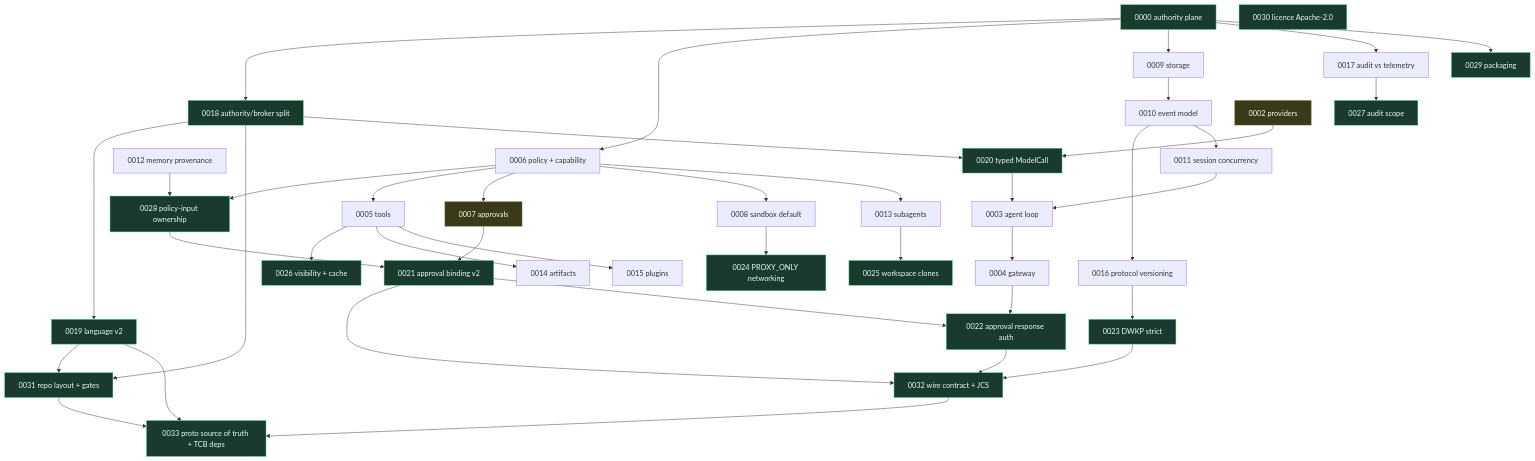
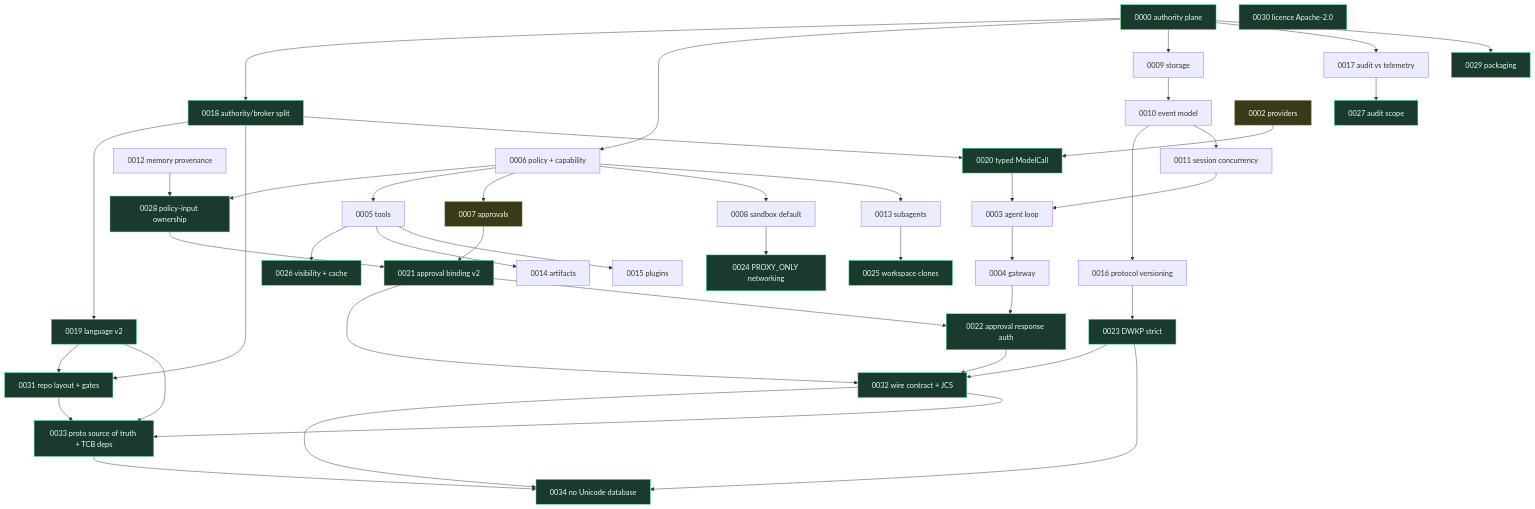
One commit to Onwcan/DireWolf changed the diagram in docs/adr/README.md. Above: the diagram before and after it, drawn with Mermaid. The commit also changed other lines of this file and 86 other files, not shown here.

````diff
--- a/docs/adr/README.md
+++ b/docs/adr/README.md
@@ -66,51 +67,54 @@
 ```mermaid
 flowchart TD
   A0["0000 authority plane"] --> A18["0018 authority/broker split"]
   A18 --> A19["0019 language v2"]
   A0 --> A6["0006 policy + capability"]
   A0 --> A9["0009 storage"]
   A0 --> A17["0017 audit vs telemetry"]
   A0 --> A29["0029 packaging"]
   A18 --> A31["0031 repo layout + gates"]
   A19 --> A31
   A30["0030 licence Apache-2.0"]
 
   A6 --> A28["0028 policy-input ownership"]
   A12["0012 memory provenance"] --> A28
   A6 --> A5["0005 tools"]
   A6 --> A7s["0007 approvals"]
   A7s --> A21["0021 approval binding v2"]
   A28 --> A21
   A6 --> A8["0008 sandbox default"]
   A8 --> A24["0024 PROXY_ONLY networking"]
   A6 --> A13["0013 subagents"]
   A13 --> A25["0025 workspace clones"]
   A5 --> A26["0026 visibility + cache"]
   A5 --> A14["0014 artifacts"]
   A5 --> A15["0015 plugins"]
   A17 --> A27["0027 audit scope"]
 
   A9 --> A10["0010 event model"]
   A10 --> A16["0016 protocol versioning"]
   A16 --> A23["0023 DWKP strict"]
   A23 --> A32["0032 wire contract + JCS"]
   A21 --> A32
   A22 --> A32
   A19 --> A33["0033 proto source of truth + TCB deps"]
+  A32 --> A34["0034 no Unicode database"]
+  A33 --> A34
+  A23 --> A34
   A32 --> A33
   A31 --> A33
   A10 --> A11["0011 session concurrency"]
 
   A2s["0002 providers"] --> A20["0020 typed ModelCall"]
   A18 --> A20
   A20 --> A3["0003 agent loop"]
   A11 --> A3
   A3 --> A4["0004 gateway"]
   A4 --> A22["0022 approval response auth"]
   A21 --> A22
 
   classDef cur fill:#1b3a2f,stroke:#4ade80,color:#e6ffef
   classDef sup fill:#3a3a1b,stroke:#a3a34a,color:#fffbe6,stroke-dasharray: 4 3
-  class A0,A18,A19,A20,A21,A22,A23,A24,A25,A26,A27,A28,A29,A30,A31,A32,A33 cur
+  class A0,A18,A19,A20,A21,A22,A23,A24,A25,A26,A27,A28,A29,A30,A31,A32,A33,A34 cur
   class A2s,A7s sup
 ```
````
